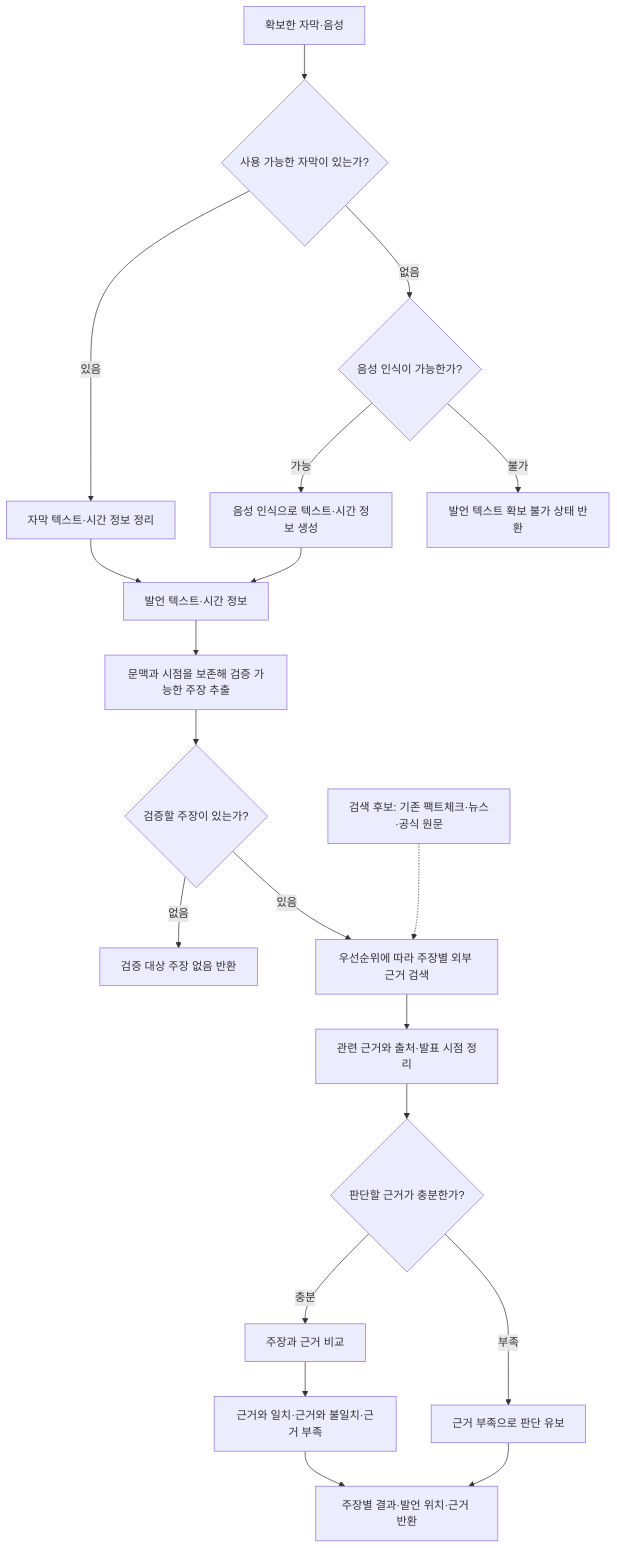
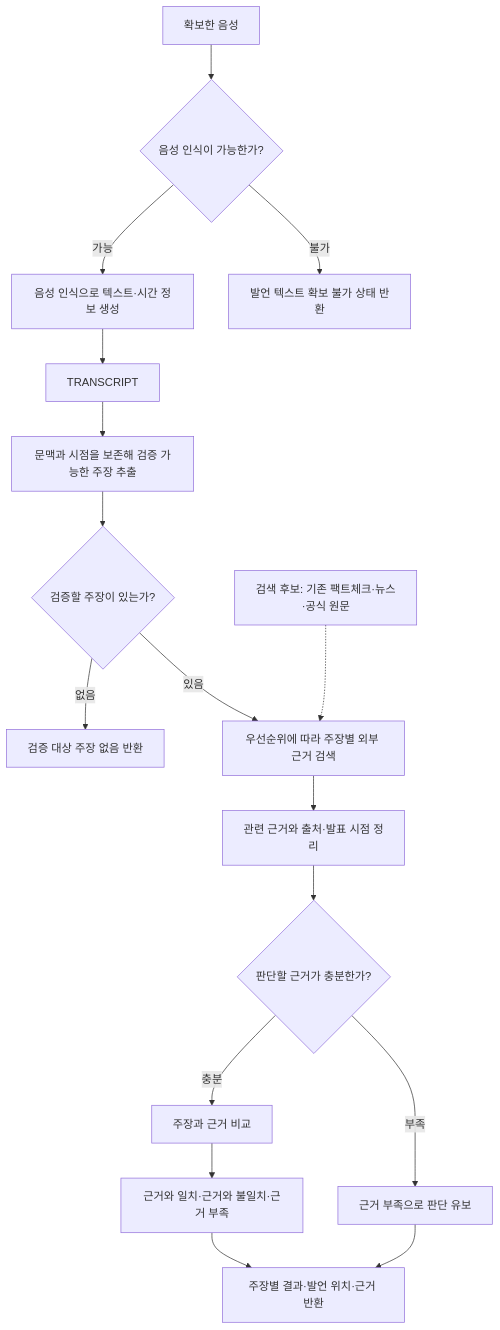
One commit to Dynamic-Juo/docs changed the third of 3 diagrams in design/ai-pipeline.md. Above: the diagram before and after it, drawn with Mermaid. The commit also changed other lines of this file and 6 other files, not shown here.

````diff
--- a/design/ai-pipeline.md
+++ b/design/ai-pipeline.md
@@ -57,22 +57,19 @@
 ```mermaid
 flowchart TD
-    DATA["확보한 자막·음성"] --> SUB{"사용 가능한 자막이 있는가?"}
-    SUB -->|있음| NORMALIZE["자막 텍스트·시간 정보 정리"]
-    SUB -->|없음| AUDIO{"음성 인식이 가능한가?"}
+    DATA["확보한 음성"] --> AUDIO{"음성 인식이 가능한가?"}
     AUDIO -->|가능| STT["음성 인식으로 텍스트·시간 정보 생성"]
     AUDIO -->|불가| FAIL["발언 텍스트 확보 불가 상태 반환"]
-    NORMALIZE --> TRANSCRIPT["발언 텍스트·시간 정보"]
     STT --> TRANSCRIPT
     TRANSCRIPT --> EXTRACT["문맥과 시점을 보존해 검증 가능한 주장 추출"]
     EXTRACT --> CLAIMS{"검증할 주장이 있는가?"}
     CLAIMS -->|없음| EMPTY["검증 대상 주장 없음 반환"]
     CLAIMS -->|있음| SEARCH["우선순위에 따라 주장별 외부 근거 검색"]
     SOURCES["검색 후보: 기존 팩트체크·뉴스·공식 원문"] -.-> SEARCH
     SEARCH --> EVIDENCE["관련 근거와 출처·발표 시점 정리"]
     EVIDENCE --> ENOUGH{"판단할 근거가 충분한가?"}
     ENOUGH -->|부족| UNKNOWN["근거 부족으로 판단 유보"]
     ENOUGH -->|충분| VERIFY["주장과 근거 비교"]
     VERIFY --> VERDICT["근거와 일치·근거와 불일치·근거 부족"]
     VERDICT --> RESULT["주장별 결과·발언 위치·근거 반환"]
     UNKNOWN --> RESULT
 ```
````
